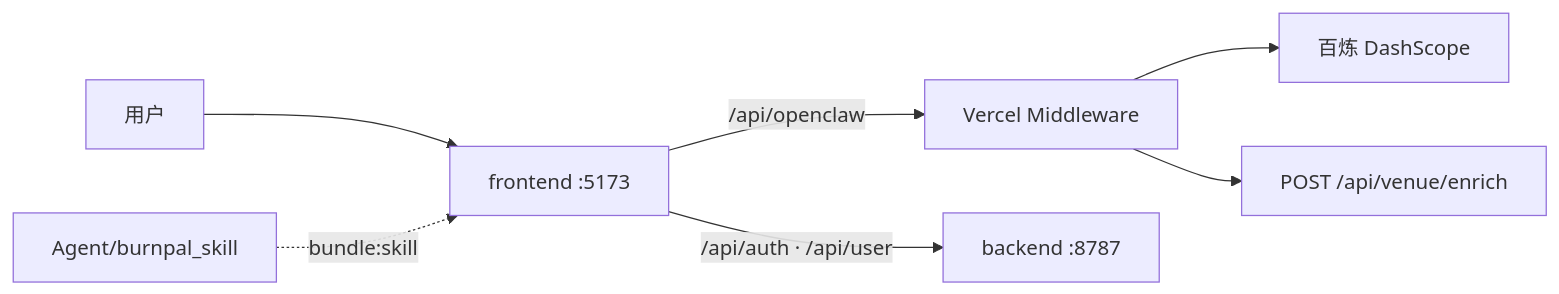
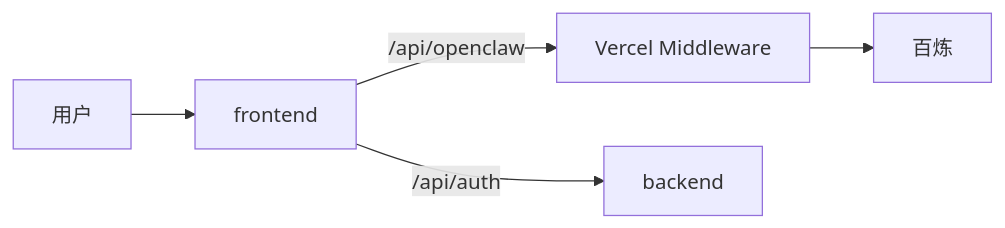
Before and after one commit to ShuoMeng66/QingLu: the diagram in README.md, drawn with Mermaid. The commit also changed other lines of this file and 20 other files, not shown here.

````diff
--- a/README.md
+++ b/README.md
@@ -11,9 +11,7 @@
 ```mermaid
 flowchart LR
-  User[用户] --> FE[frontend :5173]
+  User[用户] --> FE[frontend]
   FE -->|/api/openclaw| MW[Vercel Middleware]
-  FE -->|/api/auth · /api/user| BE[backend :8787]
-  MW --> Bailian[百炼 DashScope]
-  MW --> Enrich[POST /api/venue/enrich]
-  Skill[Agent/burnpal_skill] -.->|bundle:skill| FE
+  FE -->|/api/auth| BE[backend]
+  MW --> Bailian[百炼]
 ```
````
